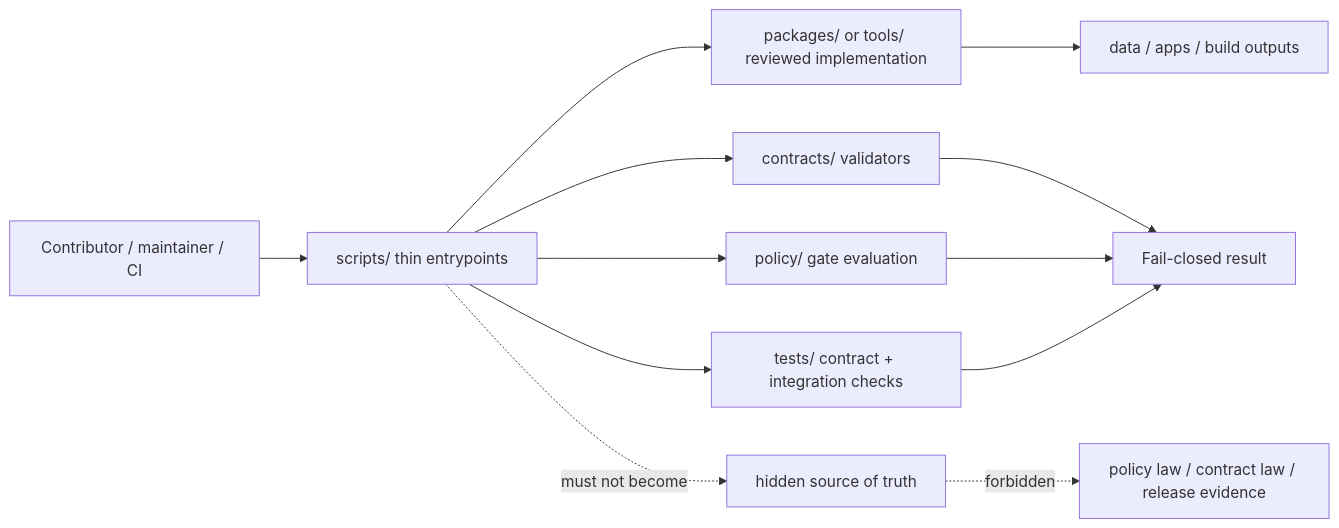
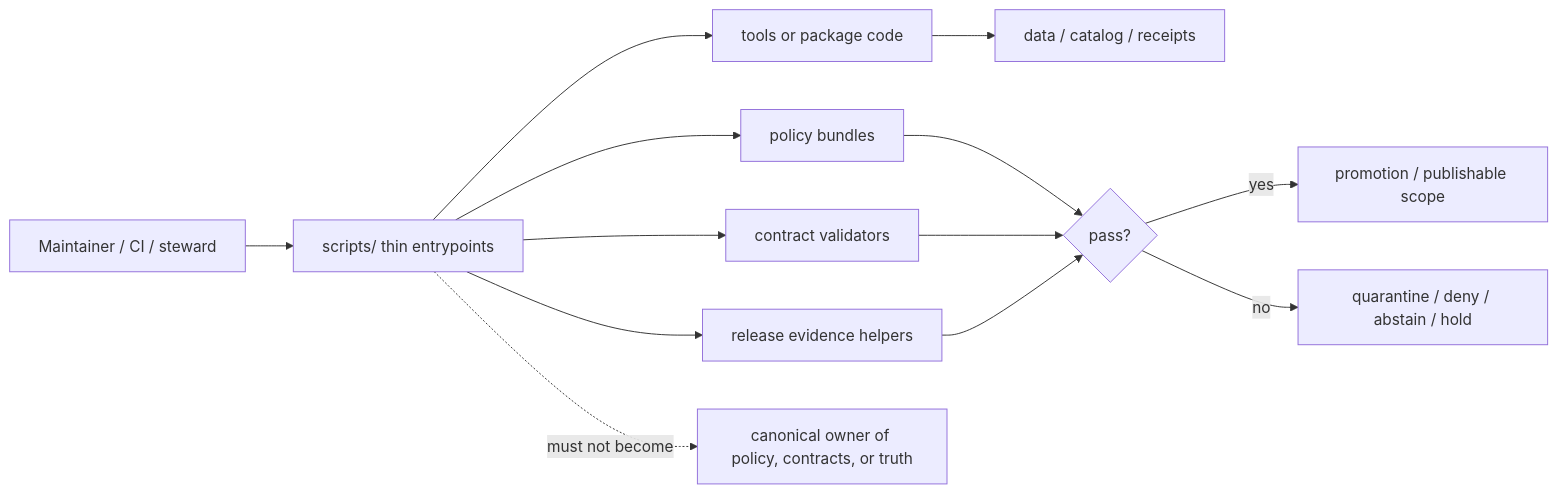
Before and after one commit to bartytime4life/Kansas-Frontier-Matrix: the diagram in scripts/README.md, drawn with Mermaid. The commit also changed other lines of this file, not shown here.

````diff
--- a/scripts/README.md
+++ b/scripts/README.md
@@ -266,14 +297,15 @@
 ```mermaid
 flowchart LR
-    A[Contributor / maintainer / CI] --> B[scripts/ thin entrypoints]
-    B --> C[packages/ or tools/ reviewed implementation]
-    B --> D[contracts/ validators]
-    B --> E[policy/ gate evaluation]
-    B --> F[tests/ contract + integration checks]
-    C --> G[data / apps / build outputs]
-    D --> H[Fail-closed result]
+    A[Maintainer / CI / steward] --> B[scripts/ thin entrypoints]
+    B --> C[tools or package code]
+    B --> D[policy bundles]
+    B --> E[contract validators]
+    B --> F[release evidence helpers]
+    C --> G[data / catalog / receipts]
+    D --> H{pass?}
     E --> H
     F --> H
-    B -. must not become .-> I[hidden source of truth]
-    I -. forbidden .-> J[policy law / contract law / release evidence]
+    H -->|yes| I[promotion / publishable scope]
+    H -->|no| J[quarantine / deny / abstain / hold]
+    B -. must not become .-> K[canonical owner of policy, contracts, or truth]
 ```
````
